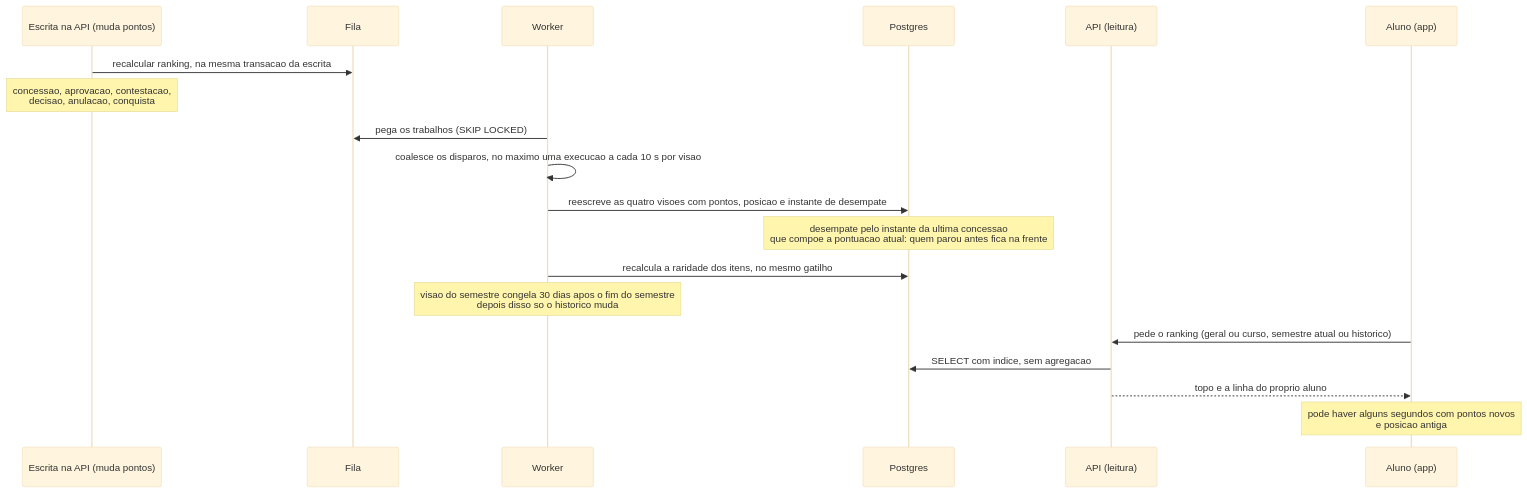
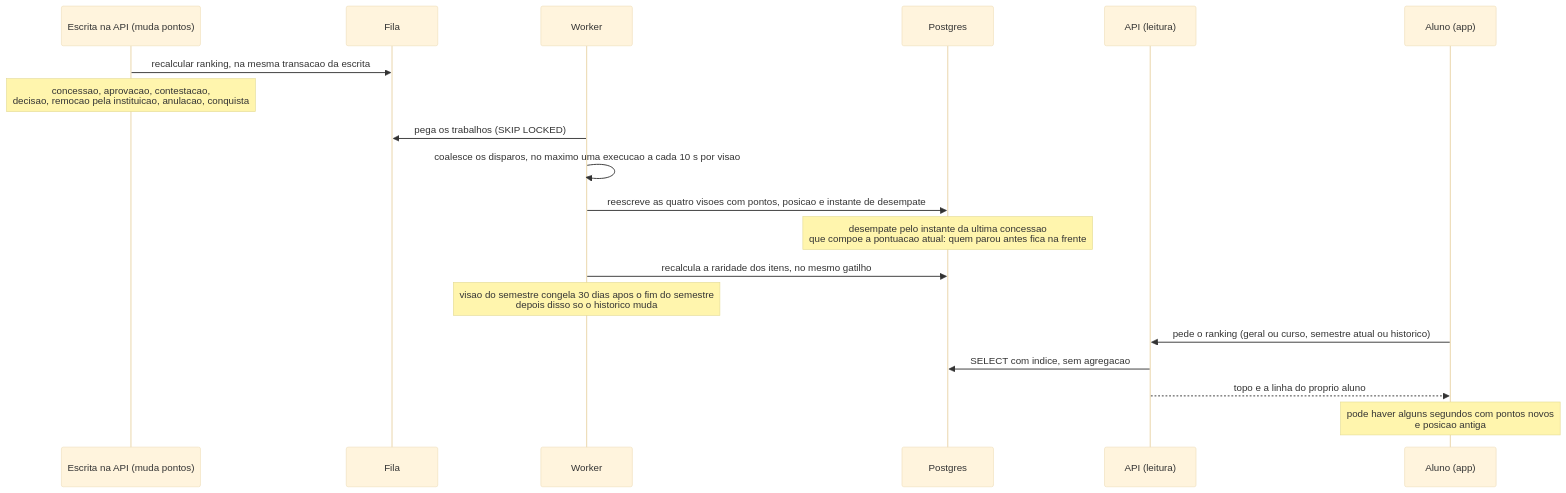
One commit to GFGimenes/maxx-engenheiro changed the diagram in docs/fluxos/05-ranking.md. Above: the diagram before and after it, drawn with Mermaid (base theme). The commit also changed other lines of this file and 7 other files, not shown here.

````diff
--- a/docs/fluxos/05-ranking.md
+++ b/docs/fluxos/05-ranking.md
@@ -7,24 +7,24 @@
 ```mermaid
 sequenceDiagram
   participant Origem as Escrita na API (muda pontos)
   participant Fila
   participant W as Worker
   participant DB as Postgres
   participant API as API (leitura)
   participant App as Aluno (app)
 
   Origem->>Fila: recalcular ranking, na mesma transacao da escrita
-  Note over Origem: concessao, aprovacao, contestacao,<br/>decisao, anulacao, conquista
+  Note over Origem: concessao, aprovacao, contestacao,<br/>decisao, remocao pela instituicao, anulacao, conquista
 
   W->>Fila: pega os trabalhos (SKIP LOCKED)
   W->>W: coalesce os disparos, no maximo uma execucao a cada 10 s por visao
   W->>DB: reescreve as quatro visoes com pontos, posicao e instante de desempate
   Note over DB: desempate pelo instante da ultima concessao<br/>que compoe a pontuacao atual: quem parou antes fica na frente
   W->>DB: recalcula a raridade dos itens, no mesmo gatilho
   Note over W: visao do semestre congela 30 dias apos o fim do semestre<br/>depois disso so o historico muda
 
   App->>API: pede o ranking (geral ou curso, semestre atual ou historico)
   API->>DB: SELECT com indice, sem agregacao
   API-->>App: topo e a linha do proprio aluno
   Note over App: pode haver alguns segundos com pontos novos<br/>e posicao antiga
 ```
````
